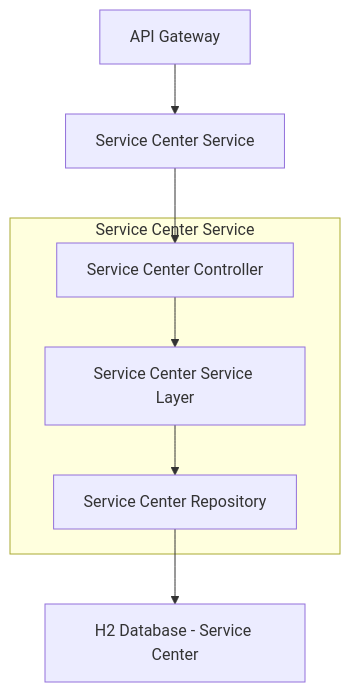
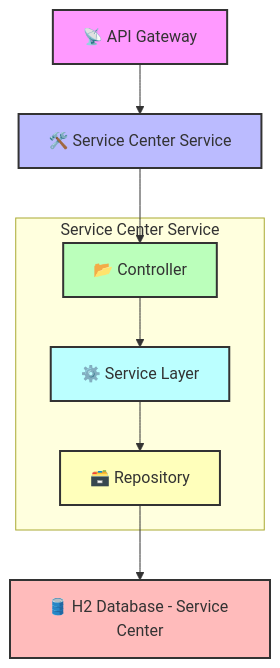
Before and after one commit to rajshinde-cognizant/JAVA-FSE-PROJECT: the first of 2 diagrams in Service_center_management.md, drawn with Mermaid. The commit also changed other lines of this file, not shown here.

````diff
--- a/Service_center_management.md
+++ b/Service_center_management.md
@@ -18,14 +34,21 @@
 ```mermaid
 graph TD
-    A[API Gateway] --> B[Service Center Service]
-    B --> C[Service Center Controller]
-    C --> D[Service Center Service Layer]
-    D --> E[Service Center Repository]
-    E --> F[H2 Database - Service Center]
+    style A fill:#f9f,stroke:#333,stroke-width:2px
+    style B fill:#bbf,stroke:#333,stroke-width:2px
+    style C fill:#bfb,stroke:#333,stroke-width:2px
+    style D fill:#bff,stroke:#333,stroke-width:2px
+    style E fill:#ffb,stroke:#333,stroke-width:2px
+    style F fill:#fbb,stroke:#333,stroke-width:2px
+
+    A[📡 API Gateway] --> B[🛠️ Service Center Service]
+    B --> C[📂 Controller]
+    C --> D[⚙️ Service Layer]
+    D --> E[🗃️ Repository]
+    E --> F[🛢️ H2 Database - Service Center]
 
     subgraph Service Center Service
         C
         D
         E
     end
 ```
````
